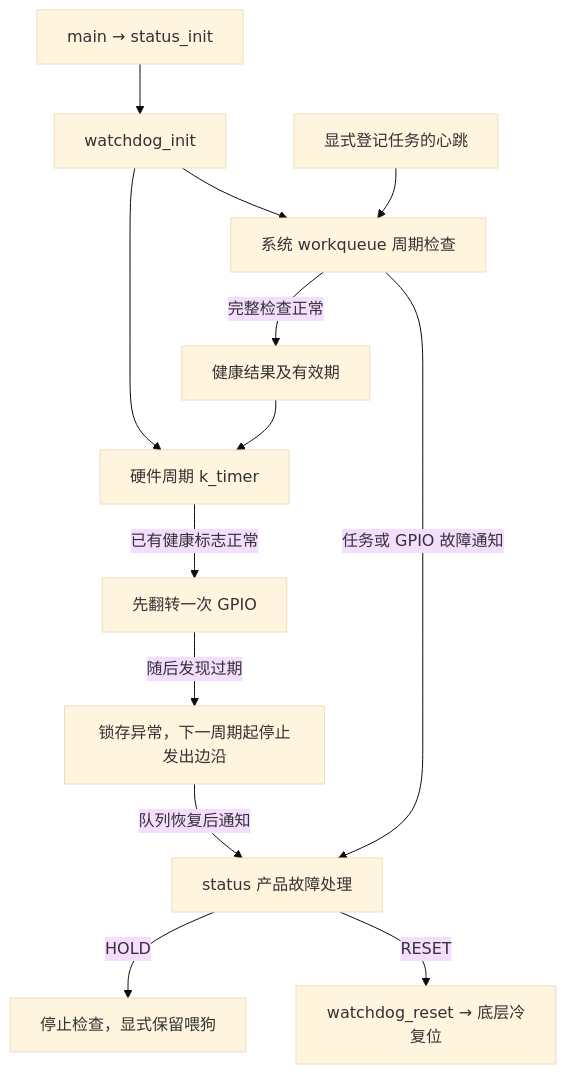
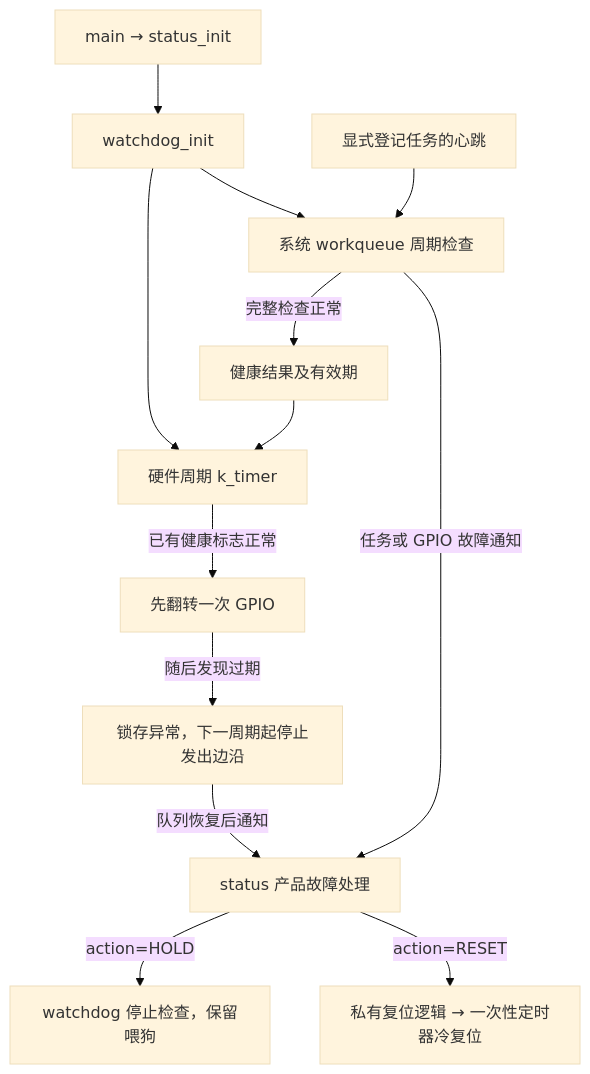
One commit to ryaaaaaan96/IDU-pre changed the diagram in docs/task-watchdog.md. Above: the diagram before and after it, drawn with Mermaid (base theme). The commit also changed other lines of this file and 44 other files, not shown here.

````diff
--- a/docs/task-watchdog.md
+++ b/docs/task-watchdog.md
@@ -7,15 +7,15 @@
 ```mermaid
 flowchart TD
     main[main → status_init] --> init[watchdog_init]
     init --> work[系统 workqueue 周期检查]
     init --> timer[硬件周期 k_timer]
     tasks[显式登记任务的心跳] --> work
     work -->|完整检查正常| healthy[健康结果及有效期]
     healthy --> timer
     timer -->|已有健康标志正常| gpio[先翻转一次 GPIO]
     gpio -->|随后发现过期| latch[锁存异常，下一周期起停止发出边沿]
     latch -->|队列恢复后通知| status[status 产品故障处理]
     work -->|任务或 GPIO 故障通知| status
-    status -->|HOLD| hold[停止检查，显式保留喂狗]
-    status -->|RESET| reset[watchdog_reset → 底层冷复位]
+    status -->|action=HOLD| hold[watchdog 停止检查，保留喂狗]
+    status -->|action=RESET| reset[私有复位逻辑 → 一次性定时器冷复位]
 ```
````
